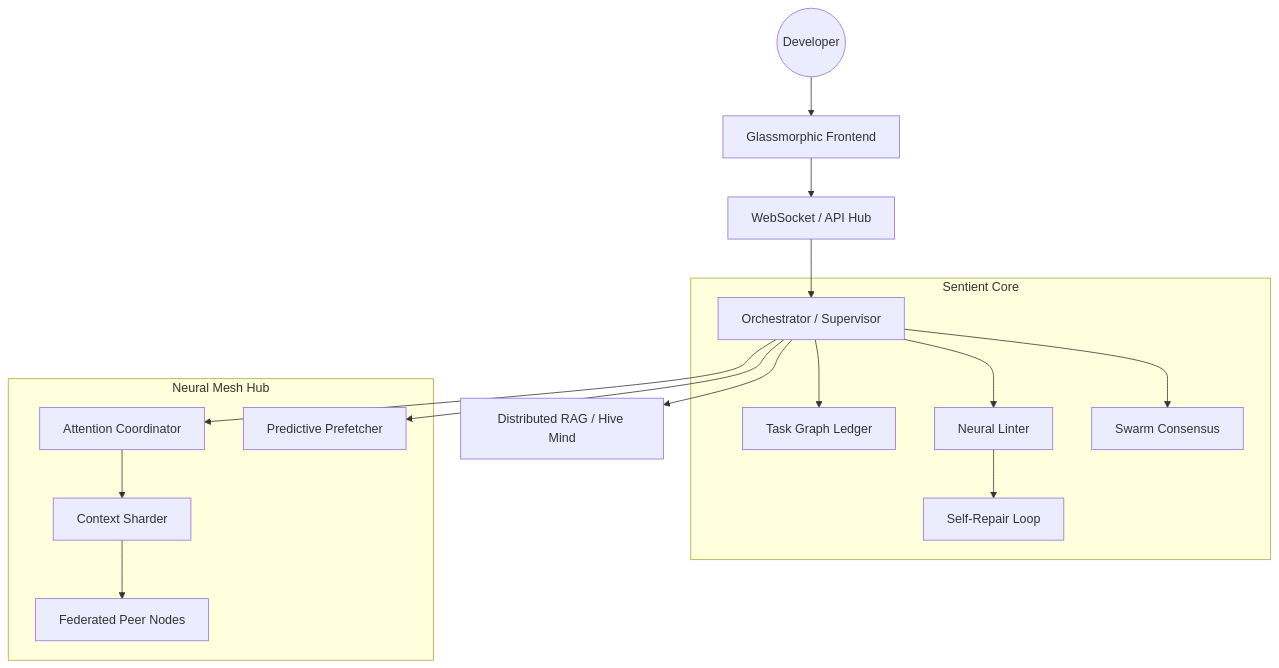
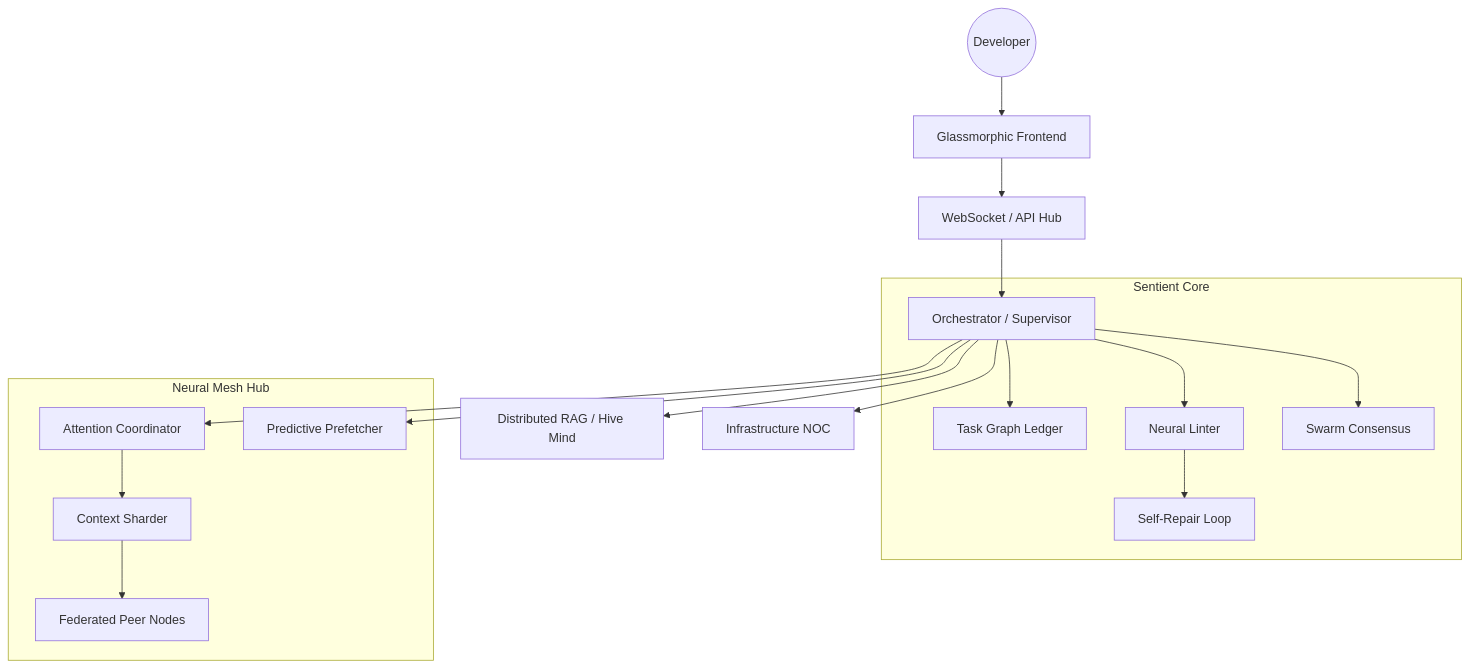
One commit to RaveAgainstTheMachine/neurex changed the diagram in README.md. Above: the diagram before and after it, drawn with Mermaid. The commit also changed other lines of this file and 1 other file, not shown here.

````diff
--- a/README.md
+++ b/README.md
@@ -62,22 +59,23 @@
 ```mermaid
 graph TD
     User((Developer)) --> UI[Glassmorphic Frontend]
     UI --> WS[WebSocket / API Hub]
     WS --> ORCH[Orchestrator / Supervisor]
     
     subgraph "Sentient Core"
         ORCH --> TG[Task Graph Ledger]
         ORCH --> LINT[Neural Linter]
         LINT --> REPAIR[Self-Repair Loop]
         ORCH --> CONS[Swarm Consensus]
     end
     
     subgraph "Neural Mesh Hub"
         ORCH --> POOL[Attention Coordinator]
         POOL --> SHARD[Context Sharder]
         SHARD --> PEERS[Federated Peer Nodes]
         ORCH --> PREFETCH[Predictive Prefetcher]
     end
     
     ORCH --> RAG[Distributed RAG / Hive Mind]
+    ORCH --> NOC[Infrastructure NOC]
 ```
````
